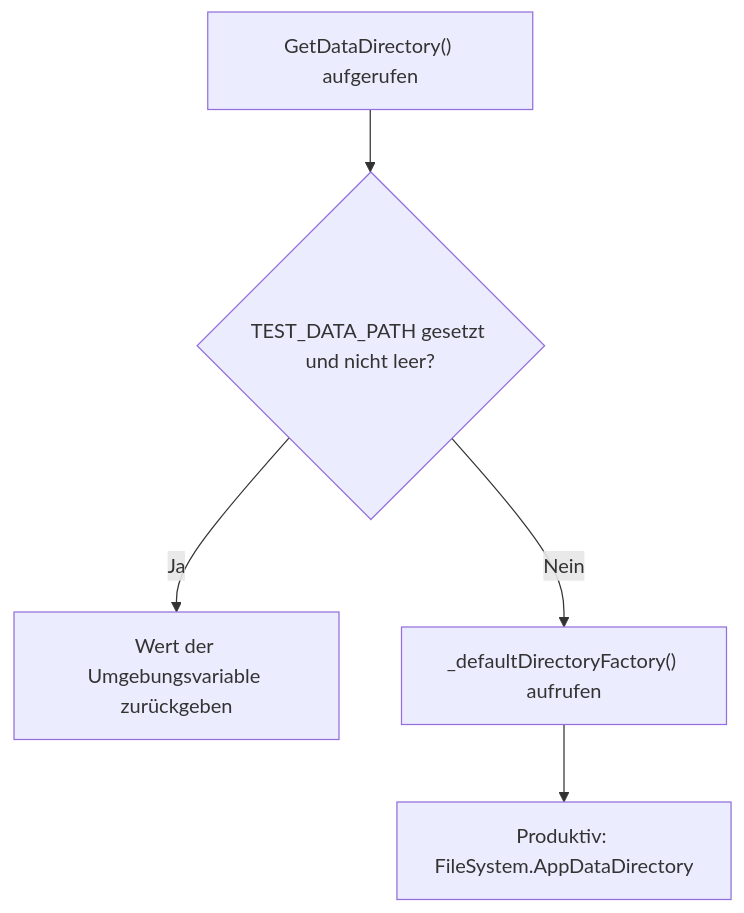
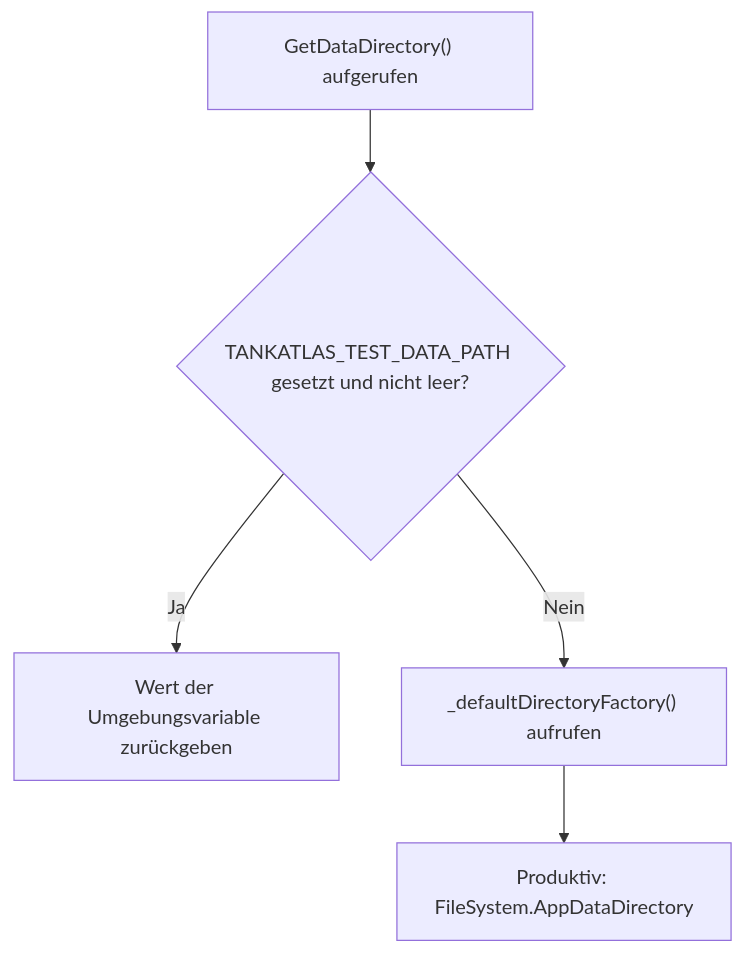
The first of 2 diagrams in docs/help/Navigation/ablauf-technisch.md (martin-stromberg/Tankradar), drawn with Mermaid before and after one commit. The commit also changed other lines of this file and 97 other files, not shown here.

````diff
--- a/docs/help/Navigation/ablauf-technisch.md
+++ b/docs/help/Navigation/ablauf-technisch.md
@@ -125,7 +125,7 @@
 ```mermaid
 flowchart TD
-    A["GetDataDirectory() aufgerufen"] --> B{"TEST_DATA_PATH gesetzt und nicht leer?"}
+    A["GetDataDirectory() aufgerufen"] --> B{"TANKATLAS_TEST_DATA_PATH gesetzt und nicht leer?"}
     B -- Ja --> C["Wert der Umgebungsvariable zurückgeben"]
     B -- Nein --> D["_defaultDirectoryFactory() aufrufen"]
     D --> E["Produktiv: FileSystem.AppDataDirectory"]
 ```
````
